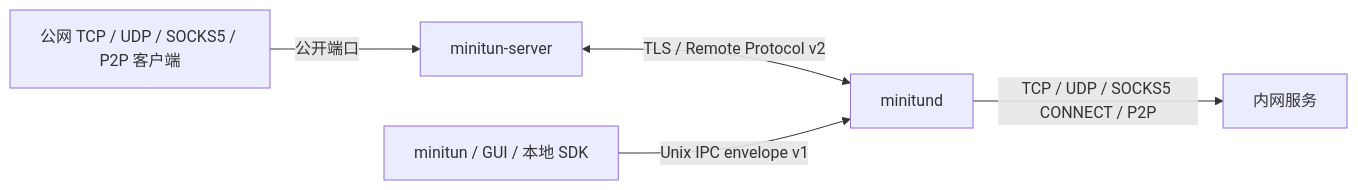
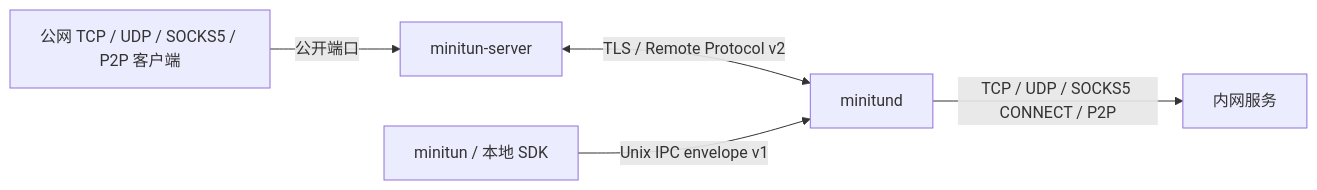
Before and after one commit to Albert-Li-Sz/MiniTUN: the diagram in README.md, drawn with Mermaid. The commit also changed other lines of this file and 40 other files, not shown here.

````diff
--- a/README.md
+++ b/README.md
@@ -51,7 +53,7 @@
 ```mermaid
 flowchart LR
     user["公网 TCP / UDP / SOCKS5 / P2P 客户端"] -->|"公开端口"| server["minitun-server"]
     server <-->|"TLS / Remote Protocol v2"| daemon["minitund"]
-    control["minitun / GUI / 本地 SDK"] -->|"Unix IPC envelope v1"| daemon
+    control["minitun / 本地 SDK"] -->|"Unix IPC envelope v1"| daemon
     daemon -->|"TCP / UDP / SOCKS5 CONNECT / P2P"| service["内网服务"]
 ```
````
